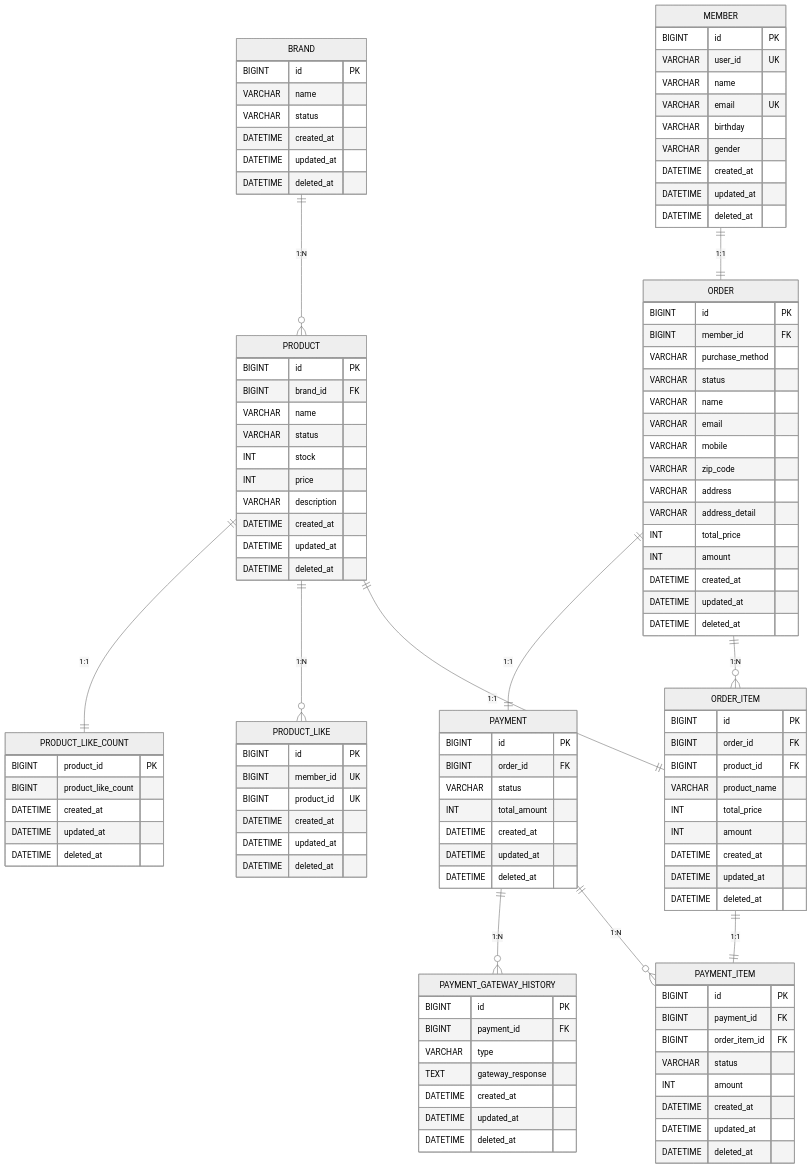
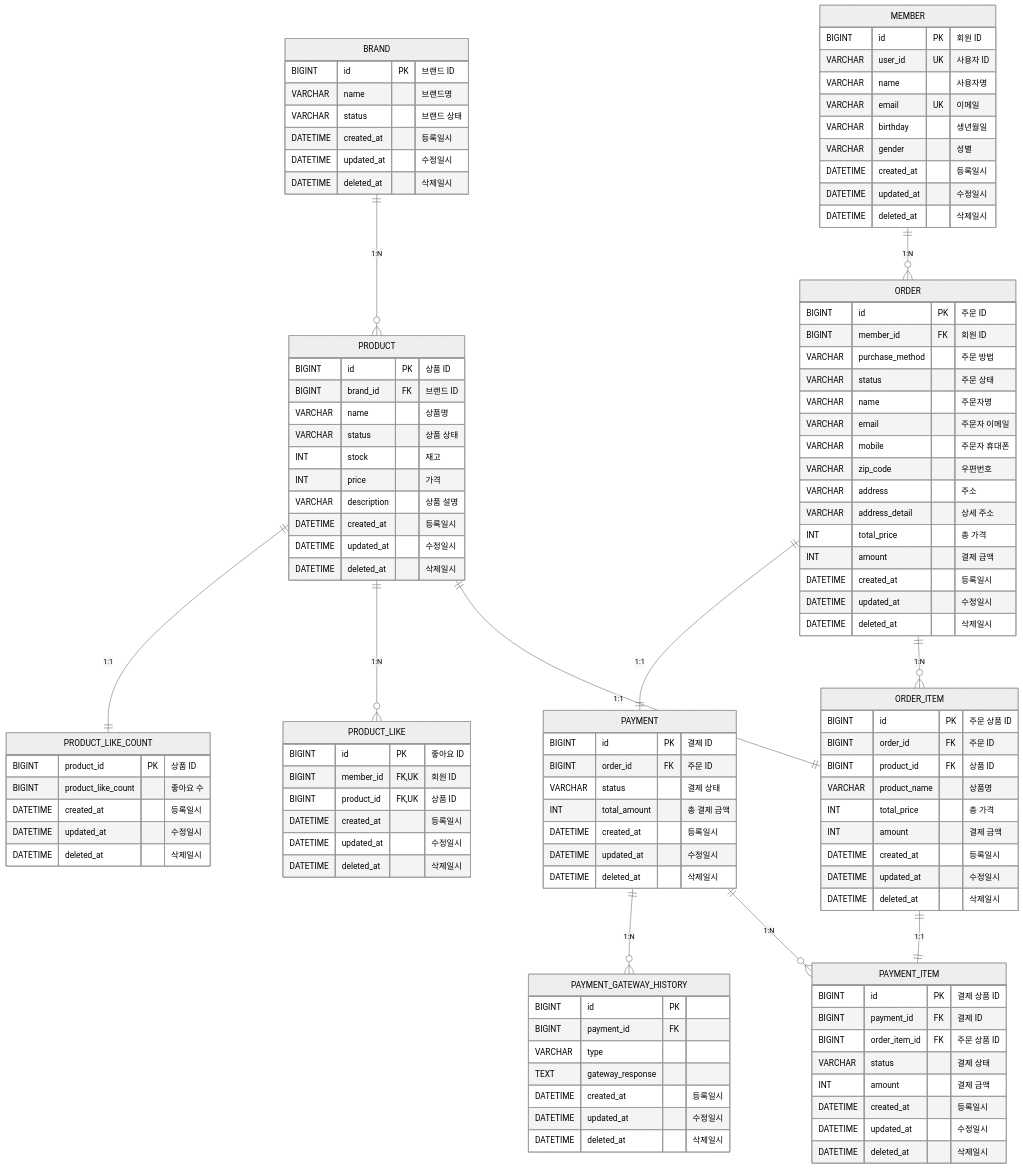
One commit to kiekk/gamsung-commerce changed the diagram in docs/design/04-erd.md. Above: the diagram before and after it, drawn with Mermaid (neutral theme).

Commit message:
docs: ERD 코멘트 추가
* 컬럼명만으로는 파악이 쉽지 않기 때문에 코멘트를 하여 이해를 돕는다.

````diff
--- a/docs/design/04-erd.md
+++ b/docs/design/04-erd.md
@@ -3,7 +3,7 @@
 ```mermaid
 erDiagram
     BRAND ||--o{ PRODUCT : "1:N"
-    MEMBER ||--|| ORDER : "1:1"
+    MEMBER ||--o{ ORDER : "1:N"
     ORDER ||--o{ ORDER_ITEM : "1:N"
     PRODUCT ||--|| ORDER_ITEM : "1:1"
     PRODUCT ||--o{ PRODUCT_LIKE: "1:N"
@@ -14,105 +14,105 @@
     ORDER_ITEM ||--|| PAYMENT_ITEM : "1:1"
 
     BRAND {
-        BIGINT id PK
-        VARCHAR name
-        VARCHAR status
-        DATETIME created_at
-        DATETIME updated_at
-        DATETIME deleted_at
+        BIGINT id PK "브랜드 ID"
+        VARCHAR name "브랜드명"
+        VARCHAR status "브랜드 상태"
+        DATETIME created_at "등록일시"
+        DATETIME updated_at "수정일시"
+        DATETIME deleted_at "삭제일시"
     }
     
     MEMBER {
-        BIGINT id PK
-        VARCHAR user_id UK
-        VARCHAR name
-        VARCHAR email UK
-        VARCHAR birthday
-        VARCHAR gender
-        DATETIME created_at
-        DATETIME updated_at
-        DATETIME deleted_at
+        BIGINT id PK "회원 ID"
+        VARCHAR user_id UK "사용자 ID"
+        VARCHAR name "사용자명"
+        VARCHAR email UK "이메일"
+        VARCHAR birthday "생년월일"
+        VARCHAR gender "성별"
+        DATETIME created_at "등록일시"
+        DATETIME updated_at "수정일시"
+        DATETIME deleted_at "삭제일시"
     }
 
     PRODUCT {
-        BIGINT id PK
-        BIGINT brand_id FK
-        VARCHAR name
-        VARCHAR status
-        INT stock
-        INT price
-        VARCHAR description
-        DATETIME created_at
-        DATETIME updated_at
-        DATETIME deleted_at
+        BIGINT id PK "상품 ID"
+        BIGINT brand_id FK "브랜드 ID"
+        VARCHAR name "상품명"
+        VARCHAR status "상품 상태"
+        INT stock "재고"
+        INT price "가격"
+        VARCHAR description "상품 설명"
+        DATETIME created_at "등록일시"
+        DATETIME updated_at "수정일시"
+        DATETIME deleted_at "삭제일시"
     }
 
     ORDER {
-        BIGINT id PK
-        BIGINT member_id FK
-        VARCHAR purchase_method
-        VARCHAR status
-        VARCHAR name
-        VARCHAR email
-        VARCHAR mobile
-        VARCHAR zip_code
-        VARCHAR address
-        VARCHAR address_detail
-        INT total_price
-        INT amount
-        DATETIME created_at
-        DATETIME updated_at
-        DATETIME deleted_at
+        BIGINT id PK "주문 ID"
+        BIGINT member_id FK "회원 ID"
+        VARCHAR purchase_method "주문 방법"
+        VARCHAR status "주문 상태"
+        VARCHAR name "주문자명"
+        VARCHAR email "주문자 이메일"
+        VARCHAR mobile "주문자 휴대폰"
+        VARCHAR zip_code "우편번호"
+        VARCHAR address "주소"
+        VARCHAR address_detail "상세 주소"
+        INT total_price "총 가격"
+        INT amount "결제 금액"
+        DATETIME created_at "등록일시"
+        DATETIME updated_at "수정일시"
+        DATETIME deleted_at "삭제일시"
     }
 
     ORDER_ITEM {
-        BIGINT id PK
-        BIGINT order_id FK
-        BIGINT product_id FK
-        VARCHAR product_name
-        INT total_price
-        INT amount
-        DATETIME created_at
-        DATETIME updated_at
-        DATETIME deleted_at
+        BIGINT id PK "주문 상품 ID"
+        BIGINT order_id FK "주문 ID"
+        BIGINT product_id FK "상품 ID"
+        VARCHAR product_name "상품명"
+        INT total_price "총 가격"
+        INT amount "결제 금액"
+        DATETIME created_at "등록일시"
+        DATETIME updated_at "수정일시"
+        DATETIME deleted_at "삭제일시"
     }
 
     PAYMENT {
-        BIGINT id PK
-        BIGINT order_id FK
-        VARCHAR status
-        INT total_amount
-        DATETIME created_at
-        DATETIME updated_at
-        DATETIME deleted_at
+        BIGINT id PK "결제 ID"
+        BIGINT order_id FK "주문 ID"
+        VARCHAR status "결제 상태"
+        INT total_amount "총 결제 금액"
+        DATETIME created_at "등록일시"
+        DATETIME updated_at "수정일시"
+        DATETIME deleted_at "삭제일시"
     }
 
     PAYMENT_ITEM {
-        BIGINT id PK
-        BIGINT payment_id FK
-        BIGINT order_item_id FK
-        VARCHAR status
-        INT amount
-        DATETIME created_at
-        DATETIME updated_at
-        DATETIME deleted_at
+        BIGINT id PK "결제 상품 ID"
+        BIGINT payment_id FK "결제 ID"
+        BIGINT order_item_id FK "주문 상품 ID"
+        VARCHAR status "결제 상태"
+        INT amount "결제 금액"
+        DATETIME created_at "등록일시"
+        DATETIME updated_at "수정일시"
+        DATETIME deleted_at "삭제일시"
     }
 
     PRODUCT_LIKE_COUNT {
-        BIGINT product_id PK
-        BIGINT product_like_count
-        DATETIME created_at
-        DATETIME updated_at
-        DATETIME deleted_at
+        BIGINT product_id PK "상품 ID"
+        BIGINT product_like_count "좋아요 수"
+        DATETIME created_at "등록일시"
+        DATETIME updated_at "수정일시"
+        DATETIME deleted_at "삭제일시"
     }
 
     PRODUCT_LIKE {
-        BIGINT id PK
-        BIGINT member_id UK
-        BIGINT product_id UK
-        DATETIME created_at
-        DATETIME updated_at
-        DATETIME deleted_at
+        BIGINT id PK "좋아요 ID"
+        BIGINT member_id FK, UK "회원 ID"
+        BIGINT product_id FK, UK "상품 ID"
+        DATETIME created_at "등록일시"
+        DATETIME updated_at "수정일시"
+        DATETIME deleted_at "삭제일시"
     }
 
     PAYMENT_GATEWAY_HISTORY {
@@ -120,8 +120,8 @@
         BIGINT payment_id FK
         VARCHAR type
         TEXT gateway_response
-        DATETIME created_at
-        DATETIME updated_at
-        DATETIME deleted_at
+        DATETIME created_at "등록일시"
+        DATETIME updated_at "수정일시"
+        DATETIME deleted_at "삭제일시"
     }
 ```
````
